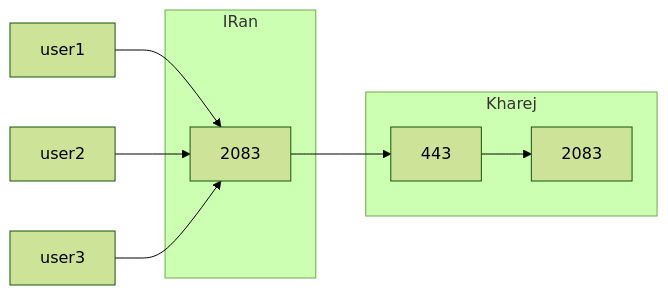
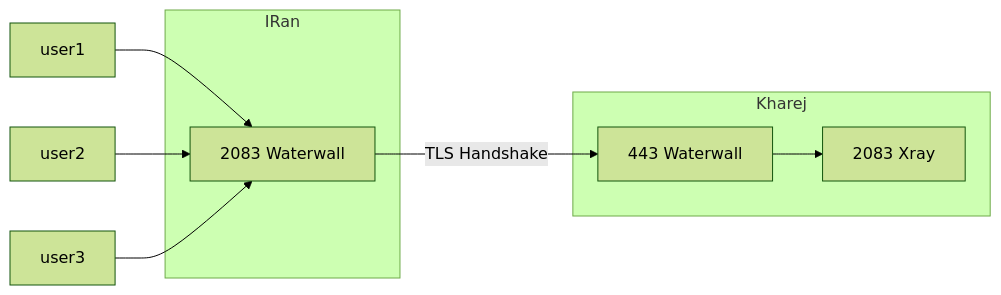
Before and after one commit to just-the-docs/just-the-docs-template: the first of 2 diagrams in Tls-Tunnel.md, drawn with Mermaid (forest theme). The commit also changed other lines of this file, not shown here.

Commit message:
add graph

````diff
--- a/Tls-Tunnel.md
+++ b/Tls-Tunnel.md
@@ -109,13 +109,13 @@
 ```mermaid
 flowchart LR;
     user1 --> A1;
     user2 --> A1;
     user3 --> A1;
     subgraph Kharej;
-    B1[443] --> B2;
-    B2[2083];
+    B1[443 Waterwall] --> B2;
+    B2[2083 Xray];
     end;
     subgraph IRan;
-    A1[2083] --> B1;
+    A1[2083 Waterwall] -- "TLS Handshake" --> B1;
     end;
 ```
````
